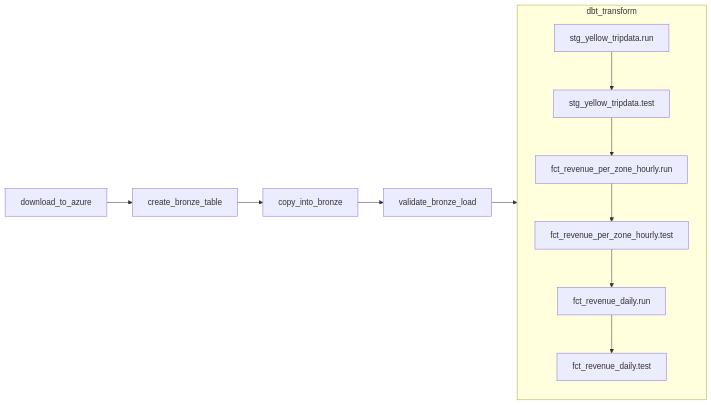
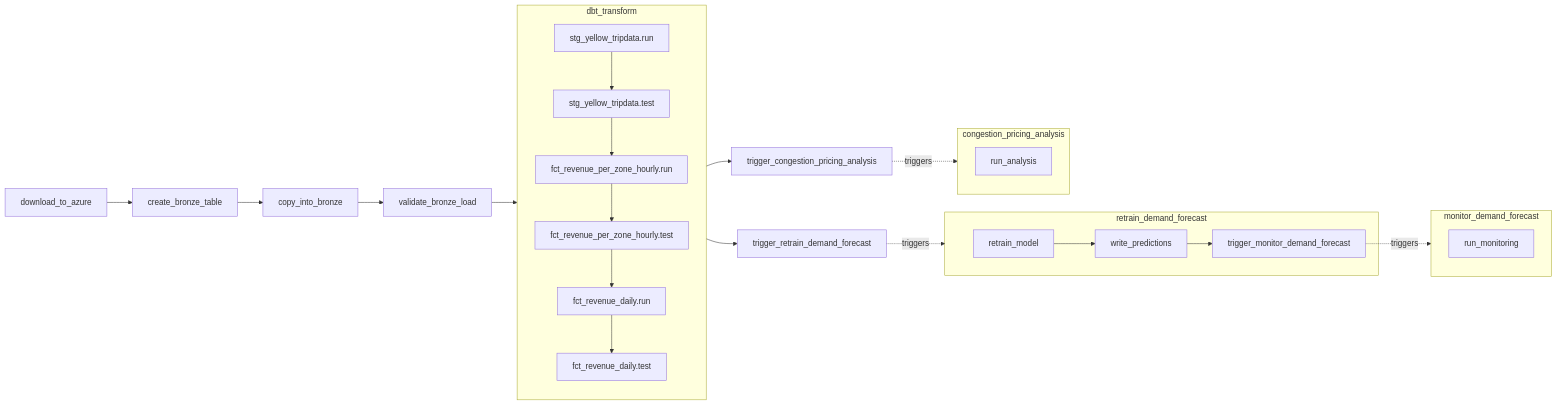
Before and after one commit to rushikeshdhumal/nyc-tlc-analytics: the diagram in README.md, drawn with Mermaid. The commit also changed other lines of this file and 66 other files, not shown here.

First line of the commit message:
feat(ml): Phases 6–9 — MLOps infrastructure, demand forecasting, congestion pricing analysis, model monitoring (#9)

````diff
--- a/README.md
+++ b/README.md
@@ -52,15 +62,35 @@
 ```mermaid
 flowchart LR
     A[download_to_azure] --> B[create_bronze_table]
     B --> C[copy_into_bronze]
     C --> D[validate_bronze_load]
     D --> dbt
 
     subgraph dbt[dbt_transform]
         F[stg_yellow_tripdata.run] --> F2[stg_yellow_tripdata.test]
         F2 --> G[fct_revenue_per_zone_hourly.run]
         G --> G2[fct_revenue_per_zone_hourly.test]
         G2 --> H[fct_revenue_daily.run]
         H --> H2[fct_revenue_daily.test]
     end
+
+    dbt --> T[trigger_retrain_demand_forecast]
+    dbt --> TC[trigger_congestion_pricing_analysis]
+
+    subgraph retrain[retrain_demand_forecast]
+        R1[retrain_model] --> R2[write_predictions]
+        R2 --> R3[trigger_monitor_demand_forecast]
+    end
+
+    subgraph congestion[congestion_pricing_analysis]
+        C1[run_analysis]
+    end
+
+    subgraph monitoring[monitor_demand_forecast]
+        M1[run_monitoring]
+    end
+
+    T  -.->|triggers| retrain
+    TC -.->|triggers| congestion
+    R3 -.->|triggers| monitoring
 ```
````
